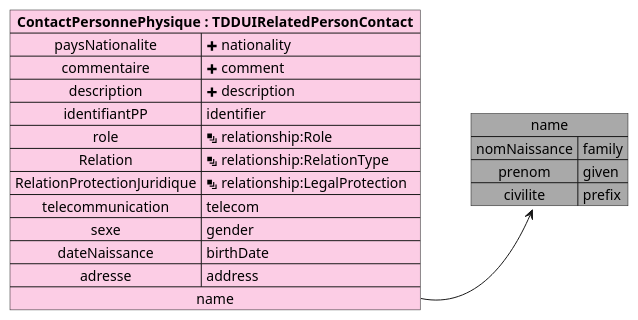
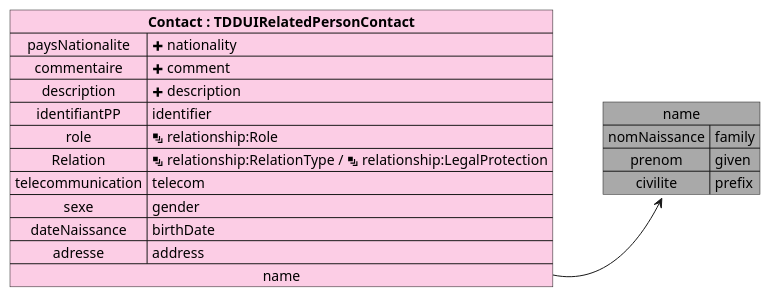
The diagram in input/images-source/mapping_TDDUIRelatedPersonContact.plantuml (ansforge/IG-fhir-medicosocial-transfert-donnees-dui), drawn with PlantUML before and after one commit. The commit also changed 6 other files, not shown here.

```diff
--- a/input/images-source/mapping_TDDUIRelatedPersonContact.plantuml
+++ b/input/images-source/mapping_TDDUIRelatedPersonContact.plantuml
@@ -1,25 +1,24 @@
 @startuml
 
 map "name" as name #DarkGray {
     nomNaissance => family
     prenom => given
     civilite => prefix
 }
 
-map "**ContactPersonnePhysique : TDDUIRelatedPersonContact**" as ContactPersonnePhysique #fccde5 {
+map "**Contact : TDDUIRelatedPersonContact**" as Contact #fccde5 {
     paysNationalite => <&plus> nationality
     commentaire => <&plus> comment
     description => <&plus> description
     identifiantPP => identifier
     role => <&layers> relationship:Role
-    Relation => <&layers> relationship:RelationType
-    RelationProtectionJuridique => <&layers> relationship:LegalProtection
+    Relation => <&layers> relationship:RelationType / <&layers> relationship:LegalProtection
     telecommunication => telecom
     sexe => gender
     dateNaissance => birthDate
     adresse => address
     name *-> name
 }
 
 
 @enduml
```
